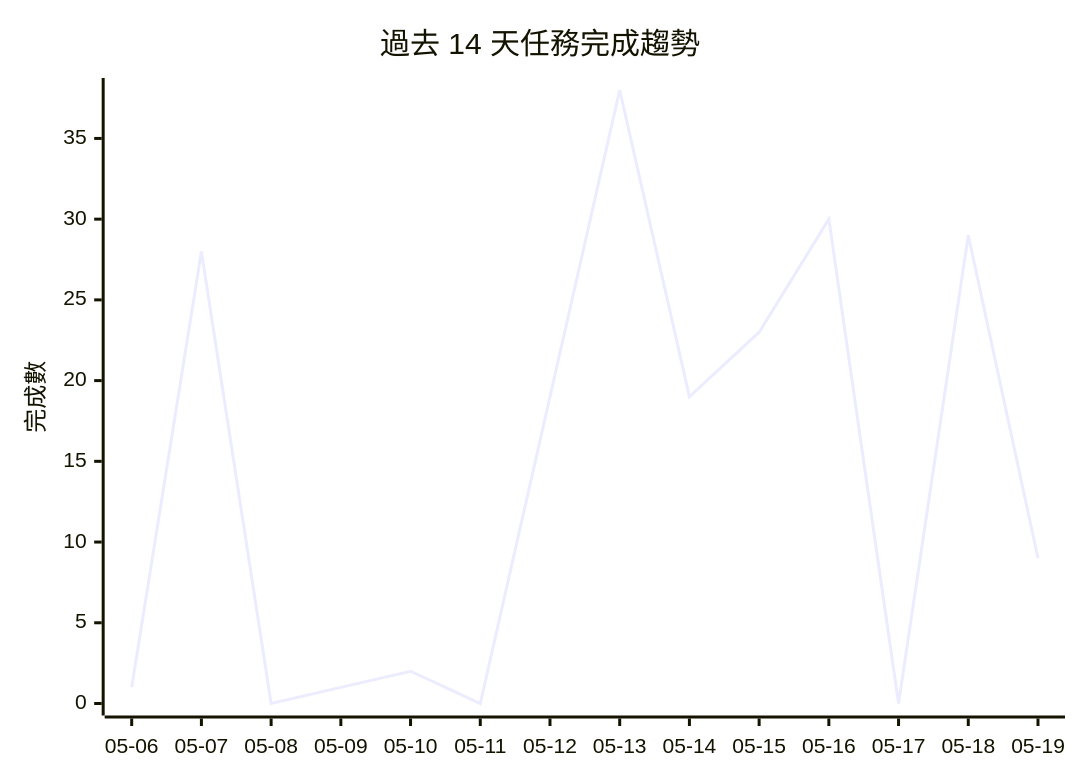
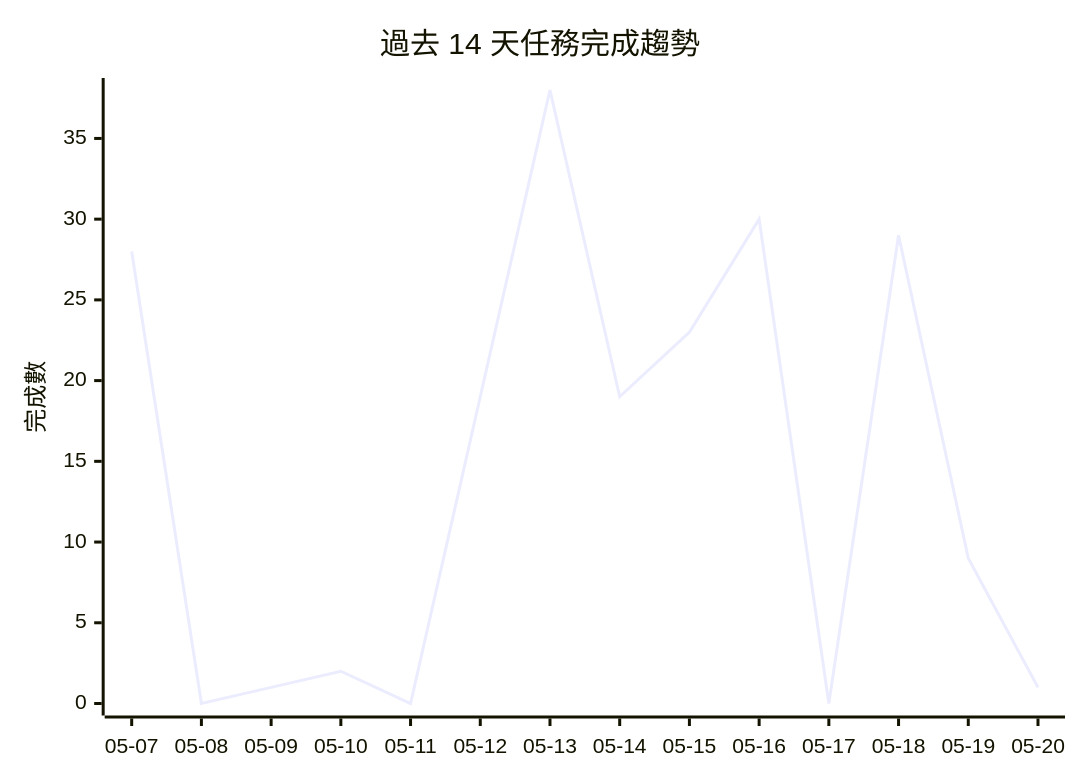
One commit to openclawchen8-lgtm/openclawchen8-lgtm changed the diagram in README.md. Above: the diagram before and after it, drawn with Mermaid. The commit also changed other lines of this file, not shown here.

````diff
--- a/README.md
+++ b/README.md
@@ -175,7 +174,7 @@
 ```mermaid
 xychart-beta
     title "過去 14 天任務完成趨勢"
-    x-axis ["05-06", "05-07", "05-08", "05-09", "05-10", "05-11", "05-12", "05-13", "05-14", "05-15", "05-16", "05-17", "05-18", "05-19"]
+    x-axis ["05-07", "05-08", "05-09", "05-10", "05-11", "05-12", "05-13", "05-14", "05-15", "05-16", "05-17", "05-18", "05-19", "05-20"]
     y-axis "完成數" 0 --> 38
-    line [1, 28, 0, 1, 2, 0, 19, 38, 19, 23, 30, 0, 29, 9]
+    line [28, 0, 1, 2, 0, 19, 38, 19, 23, 30, 0, 29, 9, 1]
 ```
````
